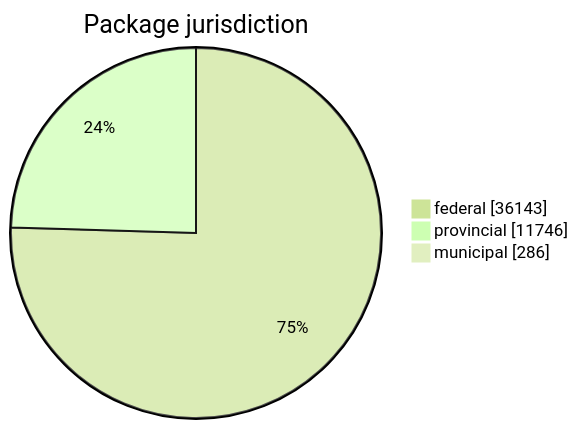
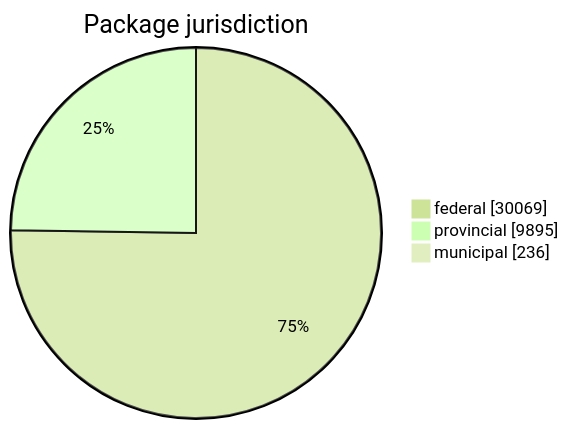
One commit to open-data/analytics-corporate-reporting changed the first of 5 diagrams in FreshCheck/README.md. Above: the diagram before and after it, drawn with Mermaid (forest theme). The commit also changed other lines of this file and 3 other files, not shown here.

````diff
--- a/FreshCheck/README.md
+++ b/FreshCheck/README.md
@@ -60,6 +60,6 @@
 ```mermaid
 pie showData title Package jurisdiction
-    "federal": 36143
-    "provincial": 11746
-    "municipal": 286
+    "federal": 30069
+    "provincial": 9895
+    "municipal": 236
 ```
````
